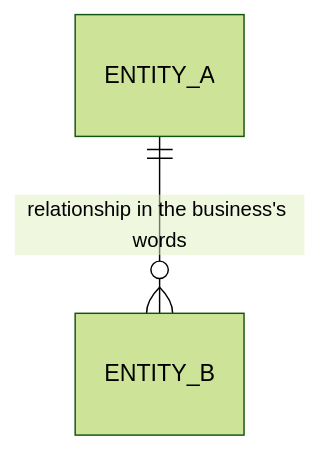
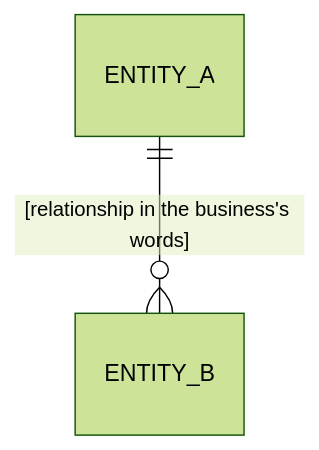
The diagram in skills/up-3-modeling-domain-entities/templates/entity_model.md (ChristianOrrala/upspec), drawn with Mermaid (forest theme) before and after one commit. The commit also changed other lines of this file and 129 other files, not shown here.

````diff
--- a/skills/up-3-modeling-domain-entities/templates/entity_model.md
+++ b/skills/up-3-modeling-domain-entities/templates/entity_model.md
@@ -5,4 +5,4 @@
 ```mermaid
 erDiagram
-    ENTITY_A ||--o{ ENTITY_B : "relationship in the business's words"
+    ENTITY_A ||--o{ ENTITY_B : "[relationship in the business's words]"
 ```
````
